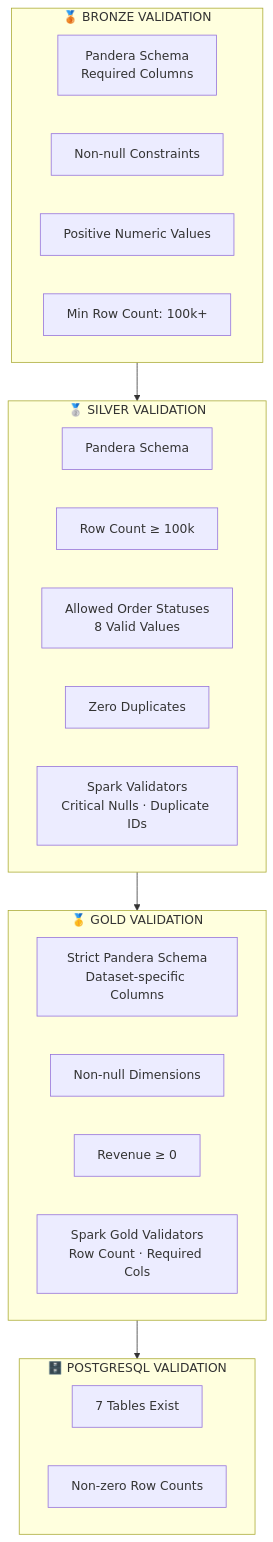
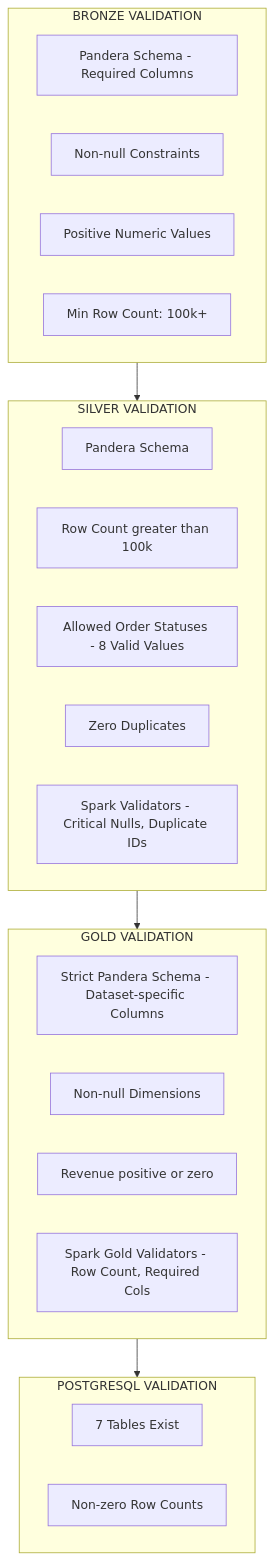
The sixth of 7 diagrams in README.md (ojeshwigautam/DataLakehouse-Platform), drawn with Mermaid before and after one commit. The commit also changed other lines of this file and 3 other files, not shown here.

Commit message:
docs: add comprehensive project documentation and architecture guides

````diff
--- a/README.md
+++ b/README.md
@@ -797,33 +805,34 @@
 ```mermaid
+%%{init: {"flowchart": {"htmlLabels": false}} }%%
 flowchart TB
-    subgraph Bronze["🥉 BRONZE VALIDATION"]
-        B1[Pandera Schema<br/>Required Columns]
+    subgraph Bronze["BRONZE VALIDATION"]
+        B1[Pandera Schema - Required Columns]
         B2[Non-null Constraints]
         B3[Positive Numeric Values]
         B4[Min Row Count: 100k+]
     end
 
-    subgraph Silver["🥈 SILVER VALIDATION"]
+    subgraph Silver["SILVER VALIDATION"]
         S1[Pandera Schema]
-        S2[Row Count ≥ 100k]
-        S3[Allowed Order Statuses<br/>8 Valid Values]
+        S2[Row Count greater than 100k]
+        S3[Allowed Order Statuses - 8 Valid Values]
         S4[Zero Duplicates]
-        S5[Spark Validators<br/>Critical Nulls · Duplicate IDs]
+        S5[Spark Validators - Critical Nulls, Duplicate IDs]
     end
 
-    subgraph Gold["🥇 GOLD VALIDATION"]
-        G1[Strict Pandera Schema<br/>Dataset-specific Columns]
+    subgraph Gold["GOLD VALIDATION"]
+        G1[Strict Pandera Schema - Dataset-specific Columns]
         G2[Non-null Dimensions]
-        G3[Revenue ≥ 0]
-        G4[Spark Gold Validators<br/>Row Count · Required Cols]
+        G3[Revenue positive or zero]
+        G4[Spark Gold Validators - Row Count, Required Cols]
     end
 
-    subgraph Database["🗄️ POSTGRESQL VALIDATION"]
+    subgraph Database["POSTGRESQL VALIDATION"]
         D1[7 Tables Exist]
         D2[Non-zero Row Counts]
     end
 
     Bronze --> Silver
     Silver --> Gold
     Gold --> Database
 ```
````
